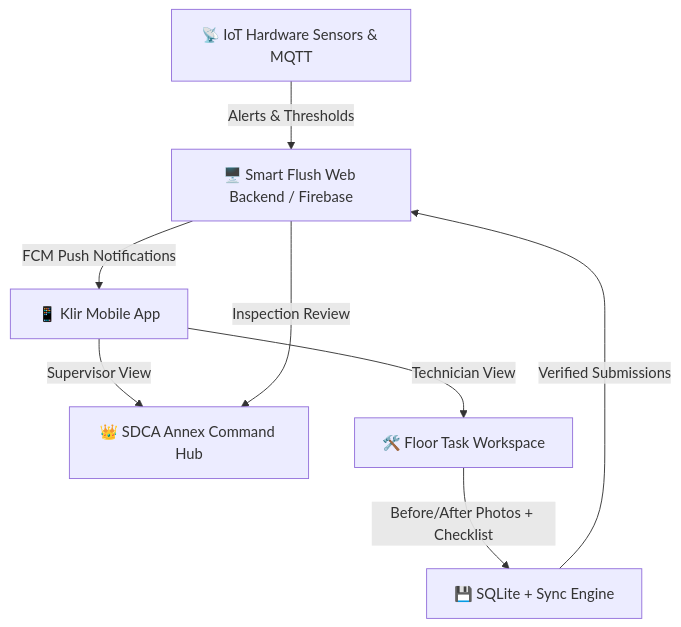
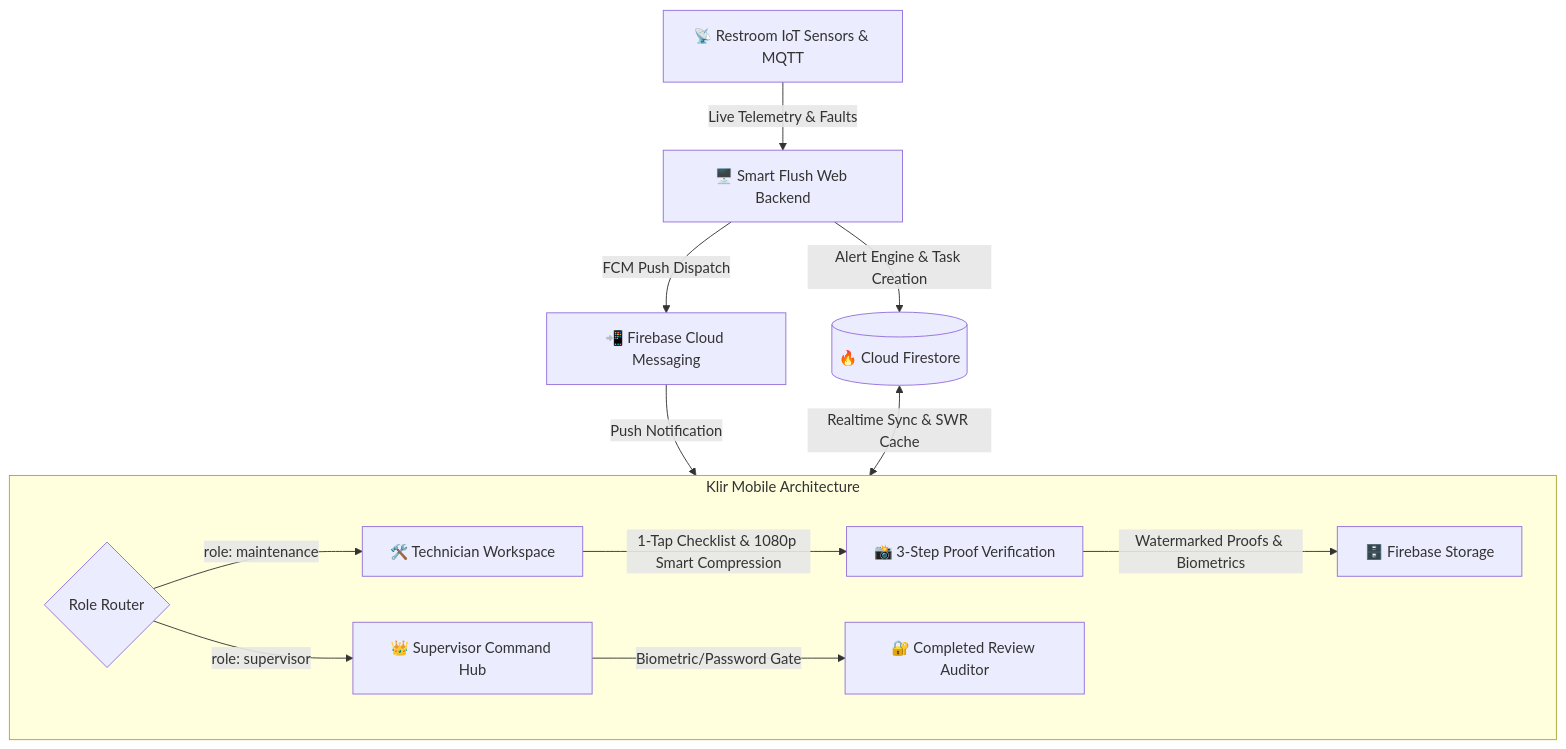
Before and after one commit to JamesCarl04/Smart-Flush-Mobile-App: the diagram in README.md, drawn with Mermaid. The commit also changed other lines of this file and 42 other files, not shown here.

Commit message:
feat(mobile): implement multi-area photo proofs, 1-tap checklist, SWR cache, supervisor biometric gate, and official klir icon

````diff
--- a/README.md
+++ b/README.md
@@ -38,12 +39,20 @@
 ```mermaid
 graph TD
-    IoT[📡 IoT Hardware Sensors & MQTT] -->|Alerts & Thresholds| WebBackend[🖥️ Smart Flush Web Backend / Firebase]
-    WebBackend -->|FCM Push Notifications| MobileClient[📱 Klir Mobile App]
+    IoT[📡 Restroom IoT Sensors & MQTT] -->|Live Telemetry & Faults| WebBackend[🖥️ Smart Flush Web Backend]
+    WebBackend -->|Alert Engine & Task Creation| Firestore[(🔥 Cloud Firestore)]
+    WebBackend -->|FCM Push Dispatch| FCM[📲 Firebase Cloud Messaging]
     
-    MobileClient -->|Supervisor View| SupHub[👑 SDCA Annex Command Hub]
-    MobileClient -->|Technician View| TechWork[🛠️ Floor Task Workspace]
+    FCM -->|Push Notification| MobileApp[📱 Klir Mobile Client]
+    Firestore <-->|Realtime Sync & SWR Cache| MobileApp
     
-    TechWork -->|Before/After Photos + Checklist| SyncEngine[💾 SQLite + Sync Engine]
-    SyncEngine -->|Verified Submissions| WebBackend
-    WebBackend -->|Inspection Review| SupHub
+    subgraph MobileApp [Klir Mobile Architecture]
+        RoleRouter{Role Router}
+        RoleRouter -->|role: supervisor| SupHub[👑 Supervisor Command Hub]
+        RoleRouter -->|role: maintenance| TechSpace[🛠️ Technician Workspace]
+        
+        TechSpace -->|1-Tap Checklist & 1080p Smart Compression| TaskFlow[📸 3-Step Proof Verification]
+        TaskFlow -->|Watermarked Proofs & Biometrics| FirebaseStorage[🗄️ Firebase Storage]
+        
+        SupHub -->|Biometric/Password Gate| ReviewGate[🔐 Completed Review Auditor]
+    end
 ```
````
